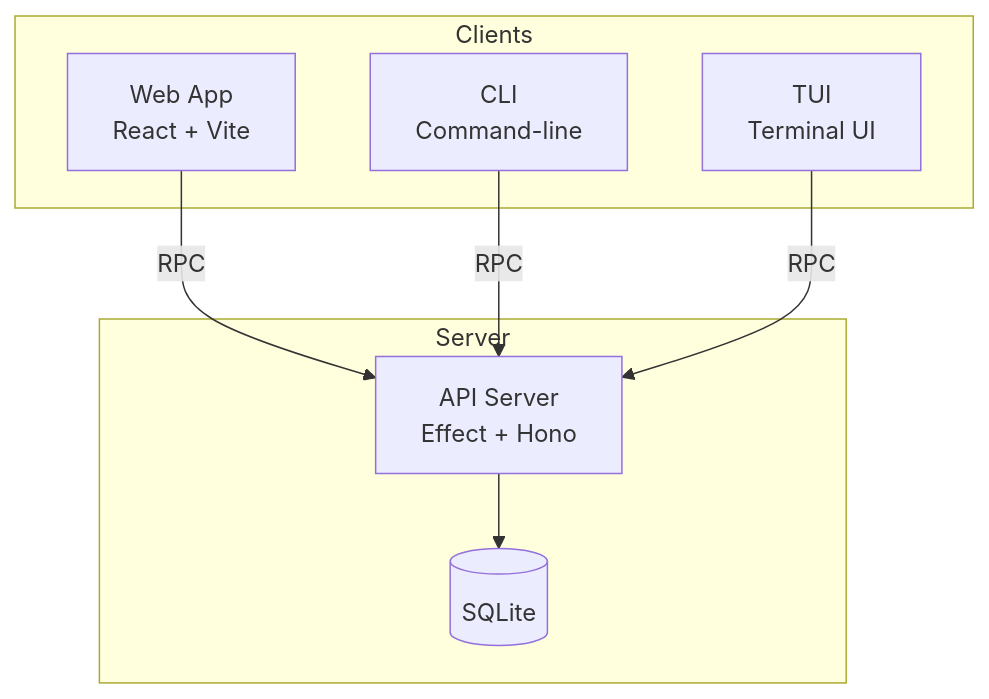
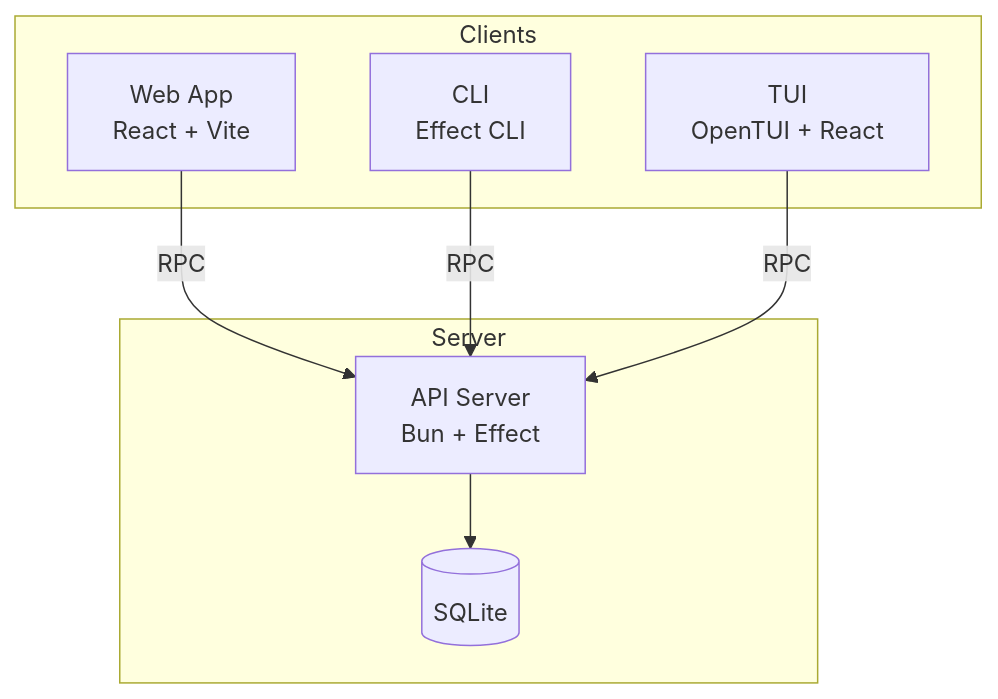
One commit to MichaelVessia/subq changed the diagram in README.md. Above: the diagram before and after it, drawn with Mermaid.

Commit message:
docs: fix architecture diagram tech labels

````diff
--- a/README.md
+++ b/README.md
@@ -9,18 +9,18 @@
 ```mermaid
 graph TB
     subgraph Clients
         Web[Web App<br/>React + Vite]
-        CLI[CLI<br/>Command-line]
-        TUI[TUI<br/>Terminal UI]
+        CLI[CLI<br/>Effect CLI]
+        TUI[TUI<br/>OpenTUI + React]
     end
 
     subgraph Server
-        API[API Server<br/>Effect + Hono]
+        API[API Server<br/>Bun + Effect]
         DB[(SQLite)]
     end
 
     Web -->|RPC| API
     CLI -->|RPC| API
     TUI -->|RPC| API
     API --> DB
 ```
````
